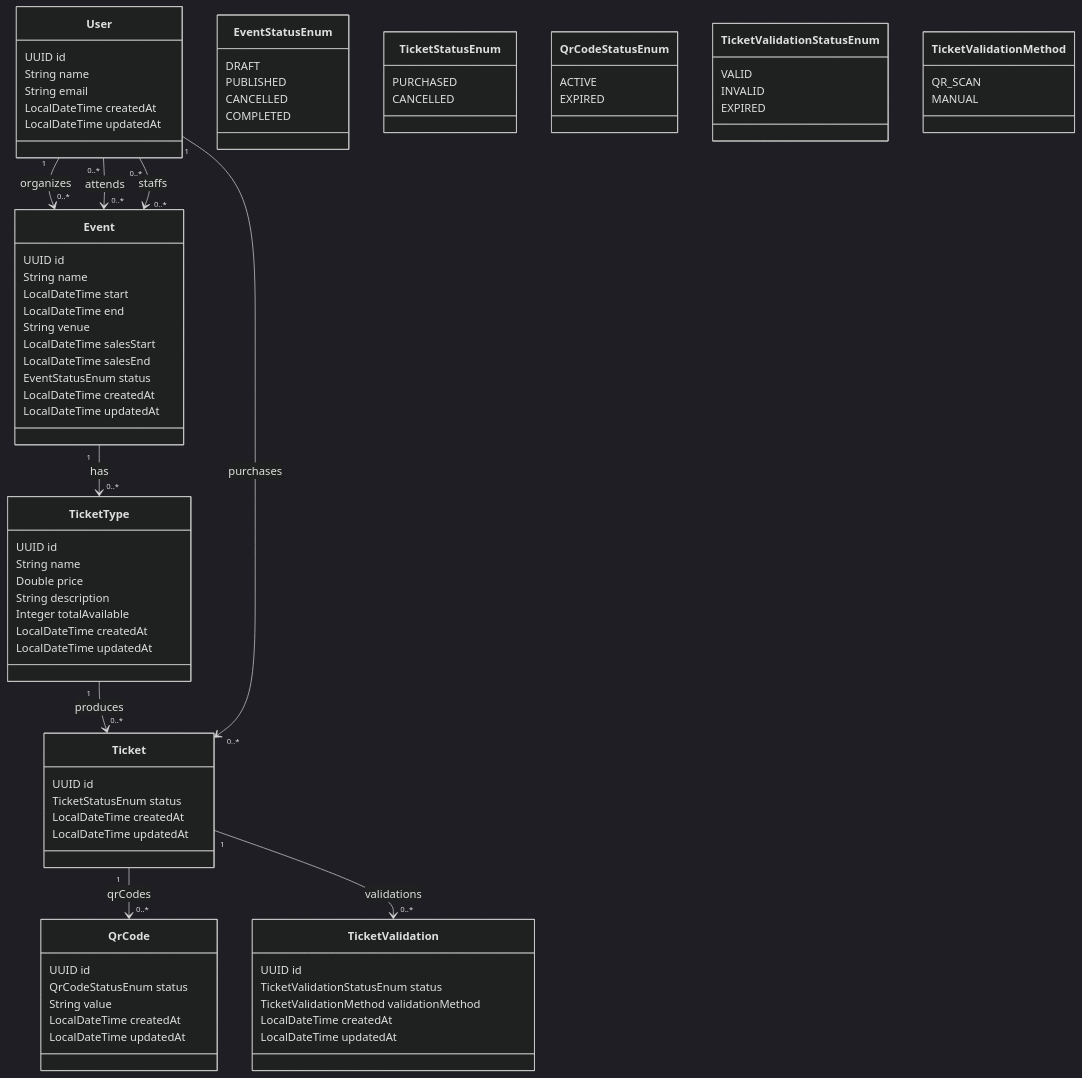
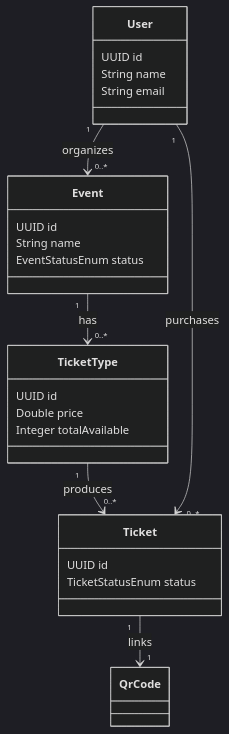
The fifth of 6 diagrams in README.md (himanshugupta91/TicketForge-Event-Ticket-Platform), drawn with Mermaid (dark theme) before and after one commit. The commit also changed other lines of this file and 1 other file, not shown here.

Commit message:
docs: enhance README.md with project branding, detailed sections, and updated diagrams.

````diff
--- a/README.md
+++ b/README.md
@@ -139,90 +193,28 @@
         UUID id
         String name
         String email
-        LocalDateTime createdAt
-        LocalDateTime updatedAt
     }
 
     class Event {
         UUID id
         String name
-        LocalDateTime start
-        LocalDateTime end
-        String venue
-        LocalDateTime salesStart
-        LocalDateTime salesEnd
         EventStatusEnum status
-        LocalDateTime createdAt
-        LocalDateTime updatedAt
     }
 
     class TicketType {
         UUID id
-        String name
         Double price
-        String description
         Integer totalAvailable
-        LocalDateTime createdAt
-        LocalDateTime updatedAt
     }
 
     class Ticket {
         UUID id
         TicketStatusEnum status
-        LocalDateTime createdAt
-        LocalDateTime updatedAt
-    }
-
-    class QrCode {
-        UUID id
-        QrCodeStatusEnum status
-        String value
-        LocalDateTime createdAt
-        LocalDateTime updatedAt
-    }
-
-    class TicketValidation {
-        UUID id
-        TicketValidationStatusEnum status
-        TicketValidationMethod validationMethod
-        LocalDateTime createdAt
-        LocalDateTime updatedAt
-    }
-
-    class EventStatusEnum {
-        DRAFT
-        PUBLISHED
-        CANCELLED
-        COMPLETED
-    }
-
-    class TicketStatusEnum {
-        PURCHASED
-        CANCELLED
-    }
-
-    class QrCodeStatusEnum {
-        ACTIVE
-        EXPIRED
-    }
-
-    class TicketValidationStatusEnum {
-        VALID
-        INVALID
-        EXPIRED
-    }
-
-    class TicketValidationMethod {
-        QR_SCAN
-        MANUAL
     }
 
     User "1" --> "0..*" Event : organizes
-    User "0..*" --> "0..*" Event : attends
-    User "0..*" --> "0..*" Event : staffs
     Event "1" --> "0..*" TicketType : has
     TicketType "1" --> "0..*" Ticket : produces
     User "1" --> "0..*" Ticket : purchases
-    Ticket "1" --> "0..*" QrCode : qrCodes
-    Ticket "1" --> "0..*" TicketValidation : validations
+    Ticket "1" --> "1" QrCode : links
 ```
````
